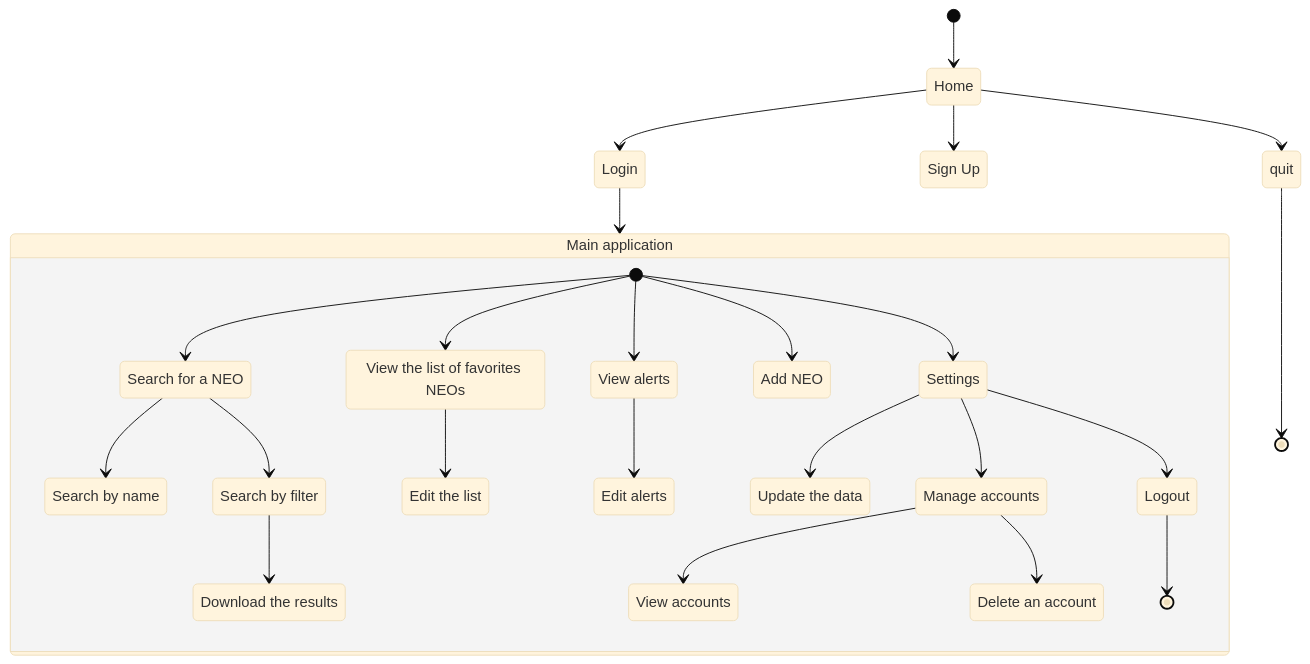
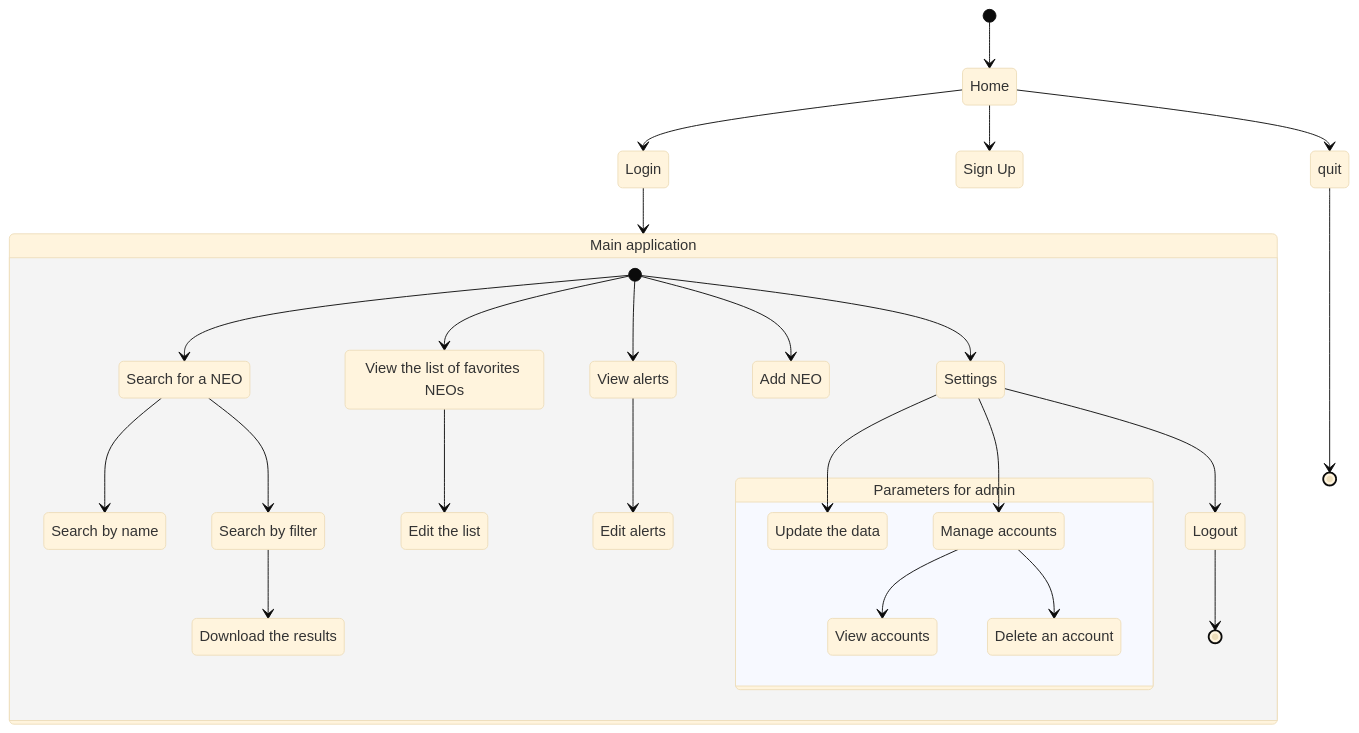
The diagram in doc/activity_diagram.md (Yazaaaaaa/ensai-it-project-2a-team2), drawn with Mermaid (base theme) before and after one commit. The commit also changed 1 other file, not shown here.

Commit message:
modif diagrams

````diff
--- a/doc/activity_diagram.md
+++ b/doc/activity_diagram.md
@@ -1,47 +1,50 @@
 ```mermaid
 stateDiagram
     login : Login
     main_app : Main application
     signup : Sign Up
     search_neo : Search for a NEO
     favs_list : View the list of favorites NEOs
     settings : Settings
     search_name : Search by name
     search_filter : Search by filter
     download : Download the results
     edit_list : Edit the list
     update_data : Update the data
     manage_accounts : Manage accounts
     alerts : View alerts
     edit_alerts : Edit alerts
     add_neo : Add NEO
     view_accounts : View accounts
     delete_accounts : Delete an account
     logout : Logout
+    parameters_admin : Parameters for admin
 
     [*] --> Home
     Home --> login
     login --> main_app
     Home --> signup
     Home --> quit
     quit --> [*]
 
     state main_app {
         [*] --> search_neo
         search_neo --> search_name
         search_neo --> search_filter
         search_filter --> download
         [*] --> favs_list
         favs_list --> edit_list
         [*] --> alerts
         alerts --> edit_alerts
         [*] --> add_neo
         [*] --> settings
-        settings --> update_data
-        settings --> manage_accounts
-        manage_accounts --> view_accounts
-        manage_accounts --> delete_accounts
+        state parameters_admin {
+            settings --> update_data
+            settings --> manage_accounts
+            manage_accounts --> view_accounts
+            manage_accounts --> delete_accounts
+        }
         settings --> logout
         logout --> [*]
     }
 ```
````
